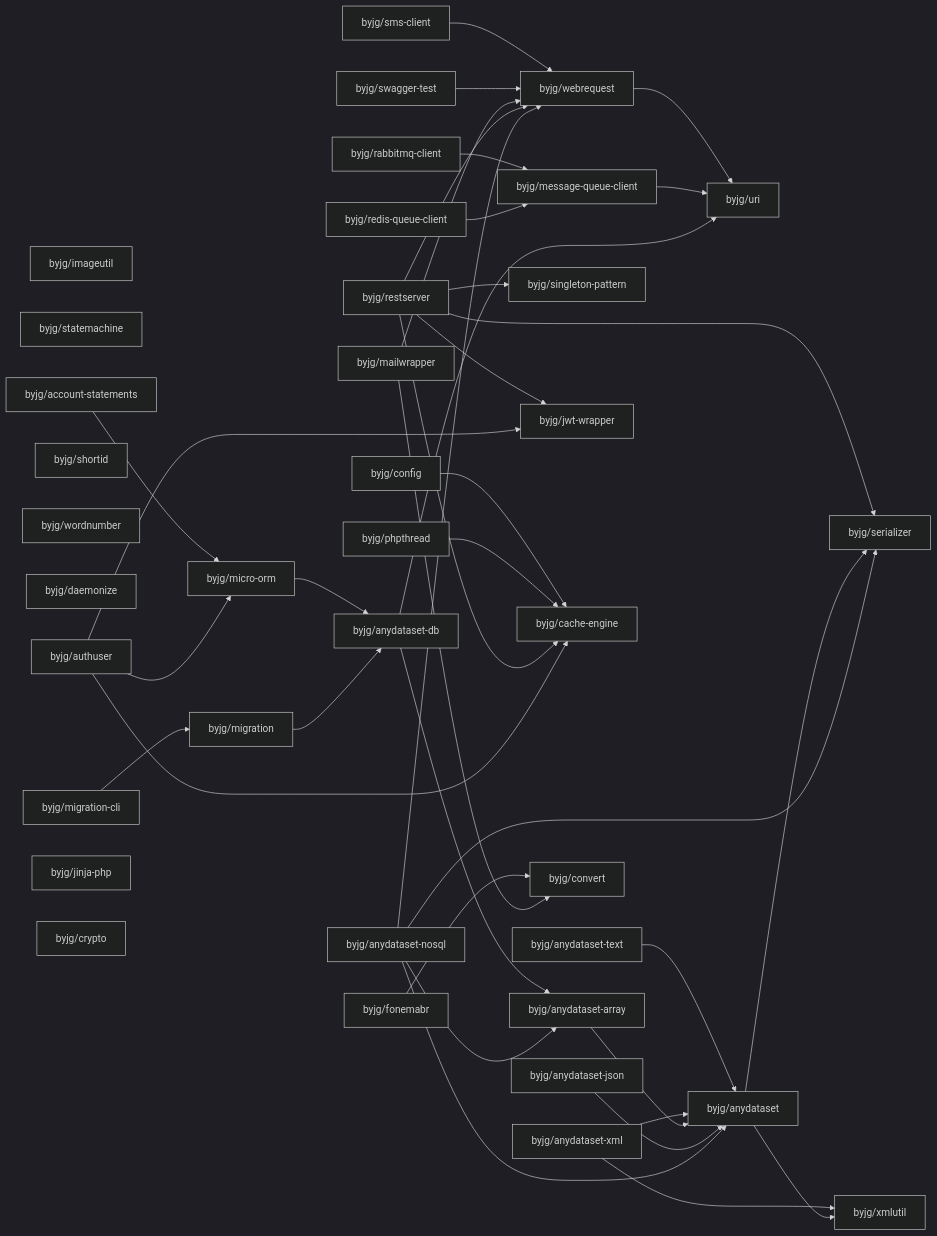
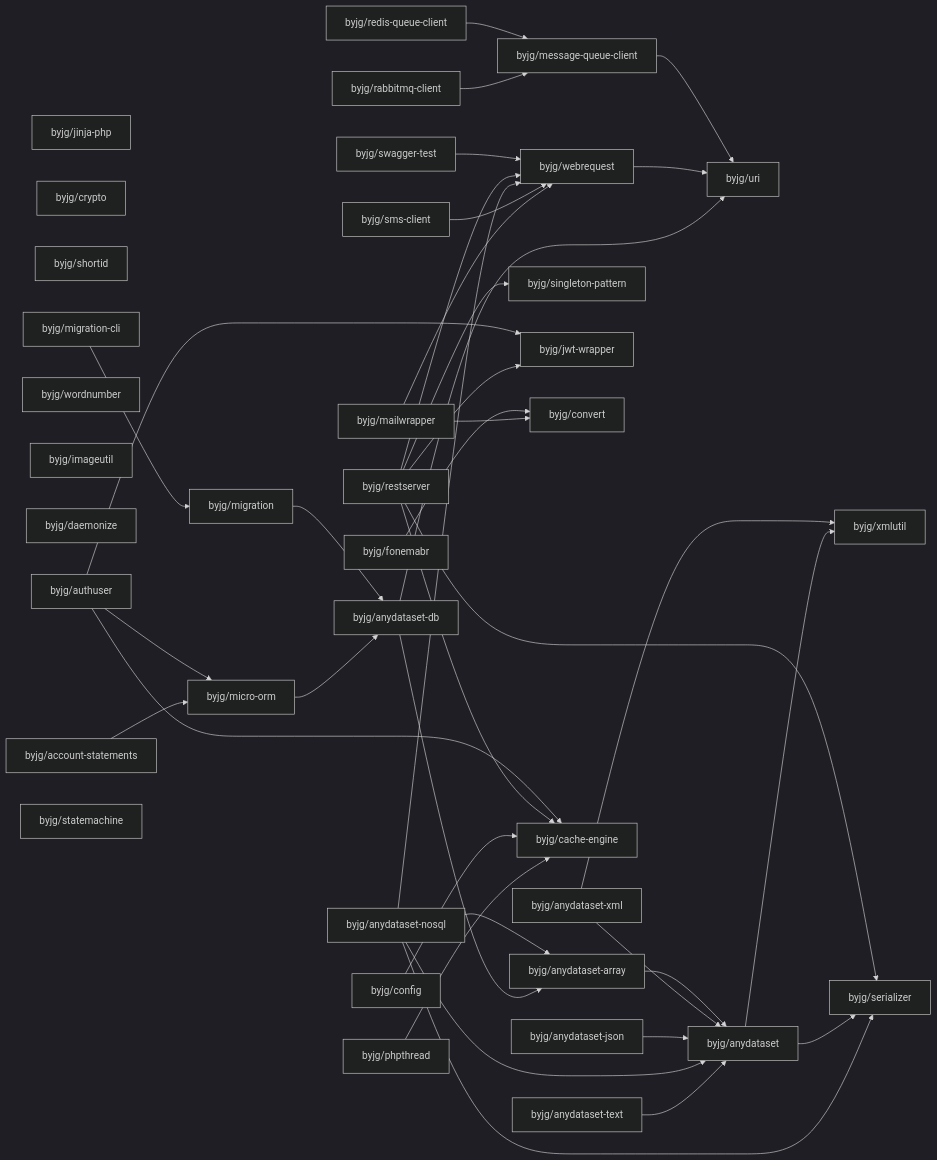
Before and after one commit to byjg/byjg.github.io: the diagram in docs/php/README.md, drawn with Mermaid (dark theme). The commit also changed other lines of this file, not shown here.

Commit message:
Update documentation 'php' 'php-webrequest'

````diff
--- a/docs/php/README.md
+++ b/docs/php/README.md
@@ -3,76 +3,76 @@
 ```mermaid
 graph LR;
+  byjg/jinja-php;
+  byjg/restserver;
+  byjg/crypto;
+  byjg/shortid;
+  byjg/mailwrapper;
+  byjg/authuser;
+  byjg/anydataset-nosql;
+  byjg/swagger-test;
+  byjg/fonemabr;
+  byjg/wordnumber;
+  byjg/anydataset-json;
+  byjg/redis-queue-client;
   byjg/phpthread;
   byjg/sms-client;
-  byjg/anydataset-json;
+  byjg/anydataset-xml;
+  byjg/anydataset-text;
   byjg/imageutil;
+  byjg/daemonize;
+  byjg/config;
+  byjg/account-statements;
+  byjg/migration-cli;
   byjg/statemachine;
-  byjg/account-statements;
-  byjg/swagger-test;
-  byjg/shortid;
-  byjg/anydataset-nosql;
-  byjg/mailwrapper;
-  byjg/wordnumber;
-  byjg/daemonize;
-  byjg/authuser;
-  byjg/restserver;
-  byjg/migration-cli;
-  byjg/config;
-  byjg/jinja-php;
-  byjg/crypto;
   byjg/rabbitmq-client;
-  byjg/anydataset-text;
-  byjg/redis-queue-client;
-  byjg/fonemabr;
-  byjg/anydataset-xml;
+  byjg/singleton-pattern;
+  byjg/jwt-wrapper;
+  byjg/convert;
+  byjg/webrequest;
+  byjg/cache-engine;
   byjg/micro-orm;
-  byjg/singleton-pattern;
-  byjg/webrequest;
-  byjg/jwt-wrapper;
   byjg/migration;
-  byjg/cache-engine;
   byjg/message-queue-client;
-  byjg/convert;
   byjg/anydataset-db;
   byjg/anydataset-array;
   byjg/uri;
   byjg/anydataset;
   byjg/serializer;
   byjg/xmlutil;
+  byjg/mailwrapper --> byjg/convert;
+  byjg/mailwrapper --> byjg/webrequest;
+  byjg/rabbitmq-client --> byjg/message-queue-client;
+  byjg/anydataset-db --> byjg/anydataset-array;
+  byjg/anydataset-db --> byjg/uri;
   byjg/sms-client --> byjg/webrequest;
-  byjg/fonemabr --> byjg/convert;
-  byjg/config --> byjg/cache-engine;
   byjg/anydataset-text --> byjg/anydataset;
+  byjg/anydataset-nosql --> byjg/anydataset;
+  byjg/anydataset-nosql --> byjg/anydataset-array;
+  byjg/anydataset-nosql --> byjg/serializer;
+  byjg/anydataset-nosql --> byjg/webrequest;
   byjg/webrequest --> byjg/uri;
-  byjg/account-statements --> byjg/micro-orm;
-  byjg/rabbitmq-client --> byjg/message-queue-client;
-  byjg/micro-orm --> byjg/anydataset-db;
+  byjg/migration-cli --> byjg/migration;
+  byjg/anydataset-json --> byjg/anydataset;
+  byjg/anydataset --> byjg/serializer;
+  byjg/anydataset --> byjg/xmlutil;
   byjg/phpthread --> byjg/cache-engine;
-  byjg/swagger-test --> byjg/webrequest;
+  byjg/message-queue-client --> byjg/uri;
   byjg/anydataset-xml --> byjg/anydataset;
   byjg/anydataset-xml --> byjg/xmlutil;
-  byjg/anydataset-array --> byjg/anydataset;
-  byjg/mailwrapper --> byjg/convert;
-  byjg/mailwrapper --> byjg/webrequest;
-  byjg/message-queue-client --> byjg/uri;
-  byjg/anydataset-db --> byjg/anydataset-array;
-  byjg/anydataset-db --> byjg/uri;
-  byjg/anydataset-json --> byjg/anydataset;
+  byjg/micro-orm --> byjg/anydataset-db;
   byjg/migration --> byjg/anydataset-db;
-  byjg/redis-queue-client --> byjg/message-queue-client;
+  byjg/config --> byjg/cache-engine;
   byjg/restserver --> byjg/serializer;
   byjg/restserver --> byjg/singleton-pattern;
   byjg/restserver --> byjg/cache-engine;
   byjg/restserver --> byjg/webrequest;
   byjg/restserver --> byjg/jwt-wrapper;
+  byjg/redis-queue-client --> byjg/message-queue-client;
+  byjg/account-statements --> byjg/micro-orm;
+  byjg/fonemabr --> byjg/convert;
+  byjg/anydataset-array --> byjg/anydataset;
   byjg/authuser --> byjg/micro-orm;
   byjg/authuser --> byjg/cache-engine;
   byjg/authuser --> byjg/jwt-wrapper;
-  byjg/migration-cli --> byjg/migration;
-  byjg/anydataset --> byjg/serializer;
-  byjg/anydataset --> byjg/xmlutil;
-  byjg/anydataset-nosql --> byjg/anydataset;
-  byjg/anydataset-nosql --> byjg/anydataset-array;
-  byjg/anydataset-nosql --> byjg/serializer;
-  byjg/anydataset-nosql --> byjg/webrequest;
+  byjg/swagger-test --> byjg/webrequest;
 ```
````
